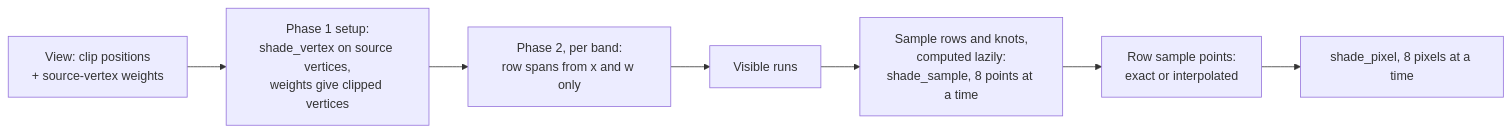
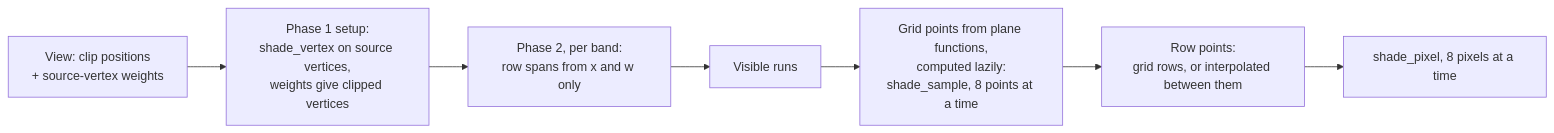
The diagram in Material Pipeline Spec.md (tusken-raynor/moose-engine-3d), drawn with Mermaid before and after one commit. The commit also changed other lines of this file and 24 other files, not shown here.

````diff
--- a/Material Pipeline Spec.md
+++ b/Material Pipeline Spec.md
@@ -41,9 +40,9 @@
 ```mermaid
 flowchart LR
   A[View: clip positions<br/>+ source-vertex weights] --> B[Phase 1 setup:<br/>shade_vertex on source vertices,<br/>weights give clipped vertices]
   B --> C[Phase 2, per band:<br/>row spans from x and w only]
   C --> D[Visible runs]
-  D --> E[Sample rows and knots,<br/>computed lazily:<br/>shade_sample, 8 points at a time]
-  E --> F[Row sample points:<br/>exact or interpolated]
+  D --> E[Grid points from plane functions,<br/>computed lazily:<br/>shade_sample, 8 points at a time]
+  E --> F[Row points:<br/>grid rows, or interpolated between them]
   F --> G[shade_pixel, 8 pixels at a time]
 ```
````
